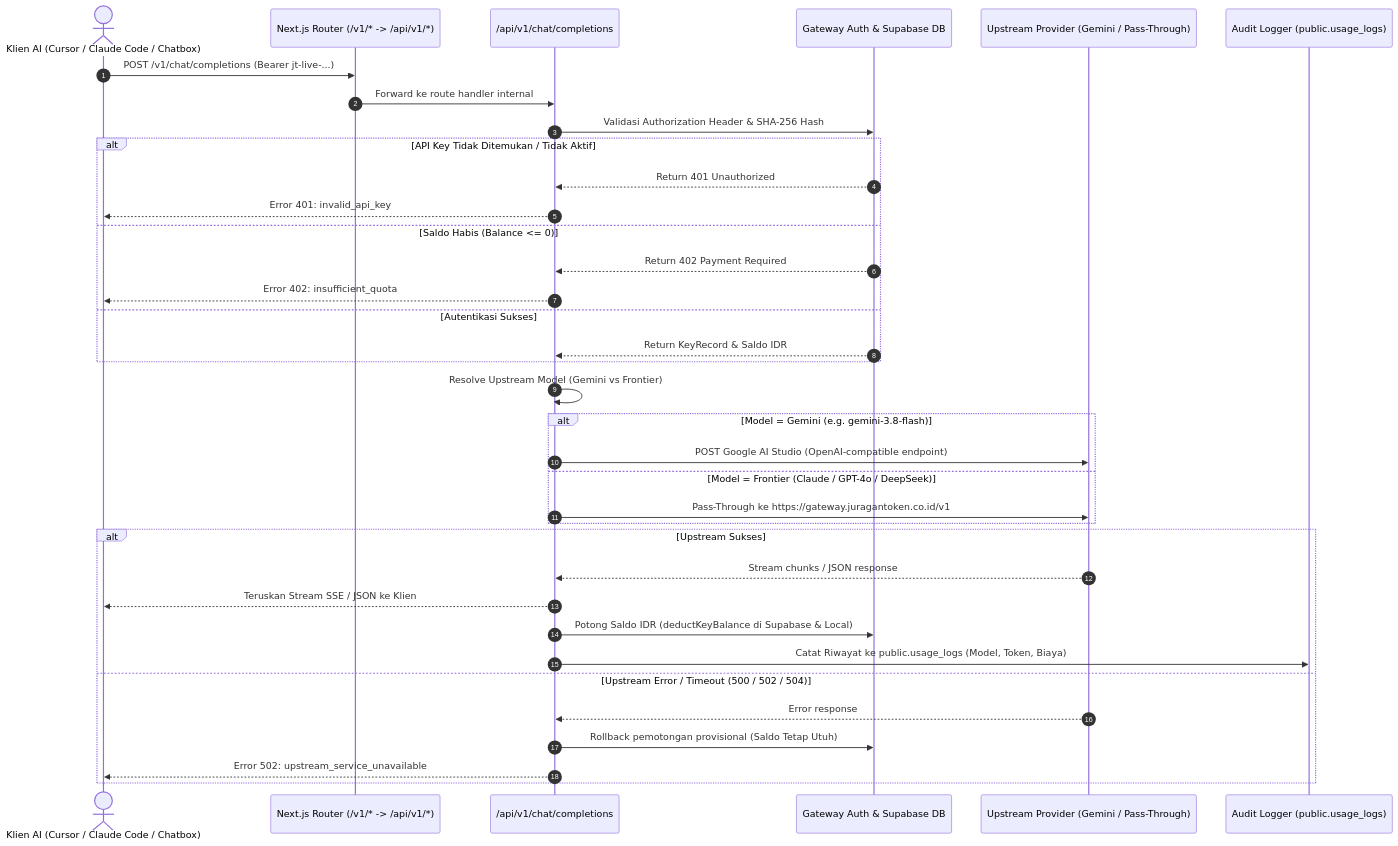
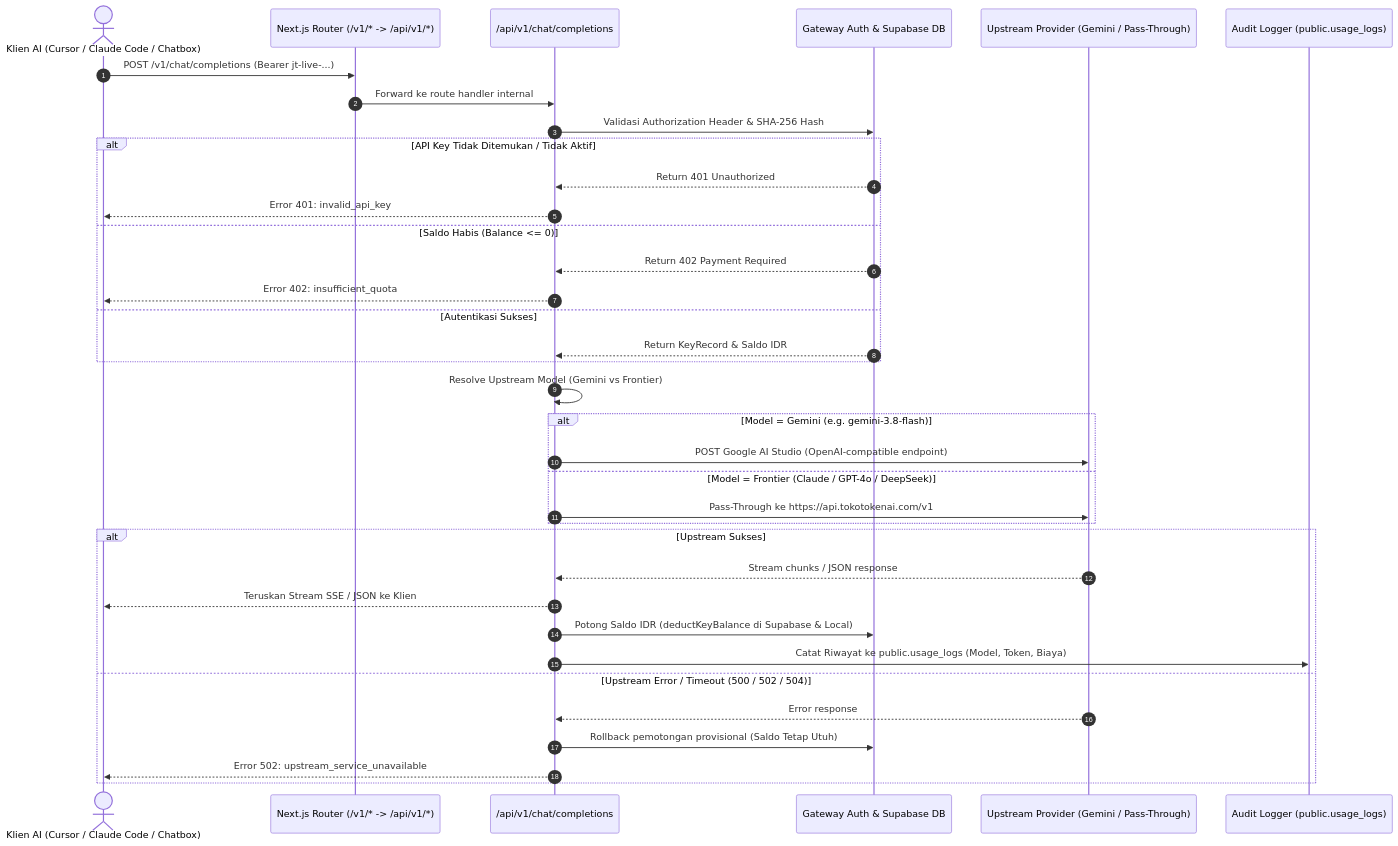
Before and after one commit to Whyzenn07/juragan-token-web: the second of 5 diagrams in docs/PRD_JURAGAN_TOKEN.md, drawn with Mermaid. The commit also changed other lines of this file and 11 other files, not shown here.

Commit message:
chore(domain): ganti seluruh URL juragantoken.co.id menjadi https://api.tokotokenai.com

````diff
--- a/docs/PRD_JURAGAN_TOKEN.md
+++ b/docs/PRD_JURAGAN_TOKEN.md
@@ -99,43 +99,43 @@
 ```mermaid
 sequenceDiagram
     autonumber
     actor Client as Klien AI (Cursor / Claude Code / Chatbox)
     participant Rewrite as Next.js Router (/v1/* -> /api/v1/*)
     participant Gateway as /api/v1/chat/completions
     participant Auth as Gateway Auth & Supabase DB
     participant Engine as Upstream Provider (Gemini / Pass-Through)
     participant Audit as Audit Logger (public.usage_logs)
 
     Client->>Rewrite: POST /v1/chat/completions (Bearer jt-live-...)
     Rewrite->>Gateway: Forward ke route handler internal
     Gateway->>Auth: Validasi Authorization Header & SHA-256 Hash
     
     alt API Key Tidak Ditemukan / Tidak Aktif
         Auth-->>Gateway: Return 401 Unauthorized
         Gateway-->>Client: Error 401: invalid_api_key
     else Saldo Habis (Balance <= 0)
         Auth-->>Gateway: Return 402 Payment Required
         Gateway-->>Client: Error 402: insufficient_quota
     else Autentikasi Sukses
         Auth-->>Gateway: Return KeyRecord & Saldo IDR
     end
 
     Gateway->>Gateway: Resolve Upstream Model (Gemini vs Frontier)
     
     alt Model = Gemini (e.g. gemini-3.8-flash)
         Gateway->>Engine: POST Google AI Studio (OpenAI-compatible endpoint)
     else Model = Frontier (Claude / GPT-4o / DeepSeek)
-        Gateway->>Engine: Pass-Through ke https://gateway.juragantoken.co.id/v1
+        Gateway->>Engine: Pass-Through ke https://api.tokotokenai.com/v1
     end
 
     alt Upstream Sukses
         Engine-->>Gateway: Stream chunks / JSON response
         Gateway-->>Client: Teruskan Stream SSE / JSON ke Klien
         Gateway->>Auth: Potong Saldo IDR (deductKeyBalance di Supabase & Local)
         Gateway->>Audit: Catat Riwayat ke public.usage_logs (Model, Token, Biaya)
     else Upstream Error / Timeout (500 / 502 / 504)
         Engine-->>Gateway: Error response
         Gateway->>Auth: Rollback pemotongan provisional (Saldo Tetap Utuh)
         Gateway-->>Client: Error 502: upstream_service_unavailable
     end
 ```
````
